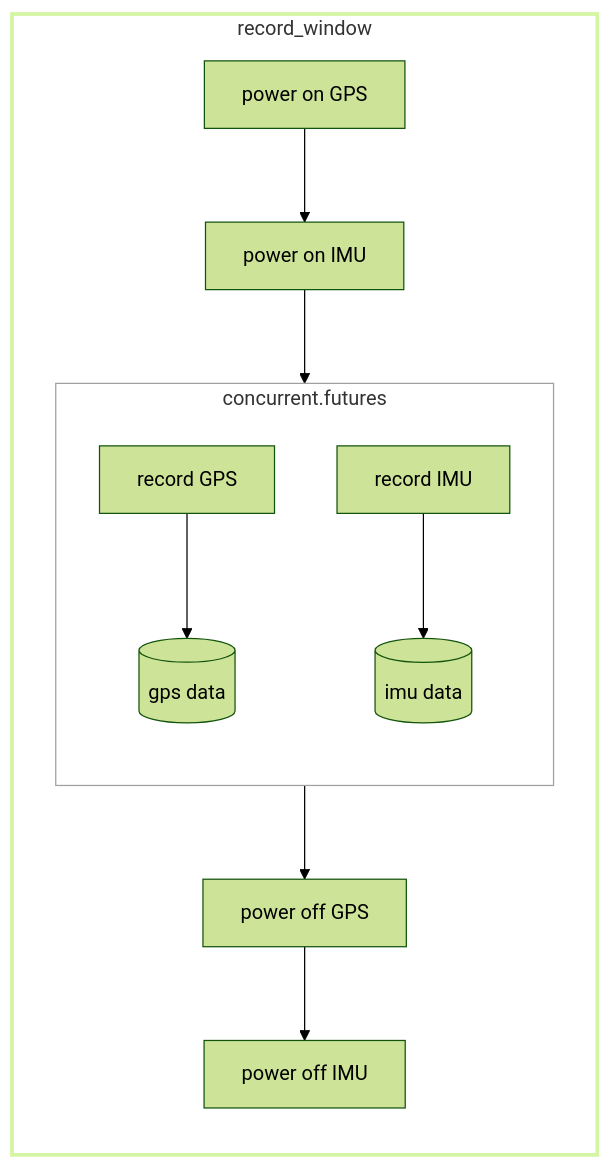
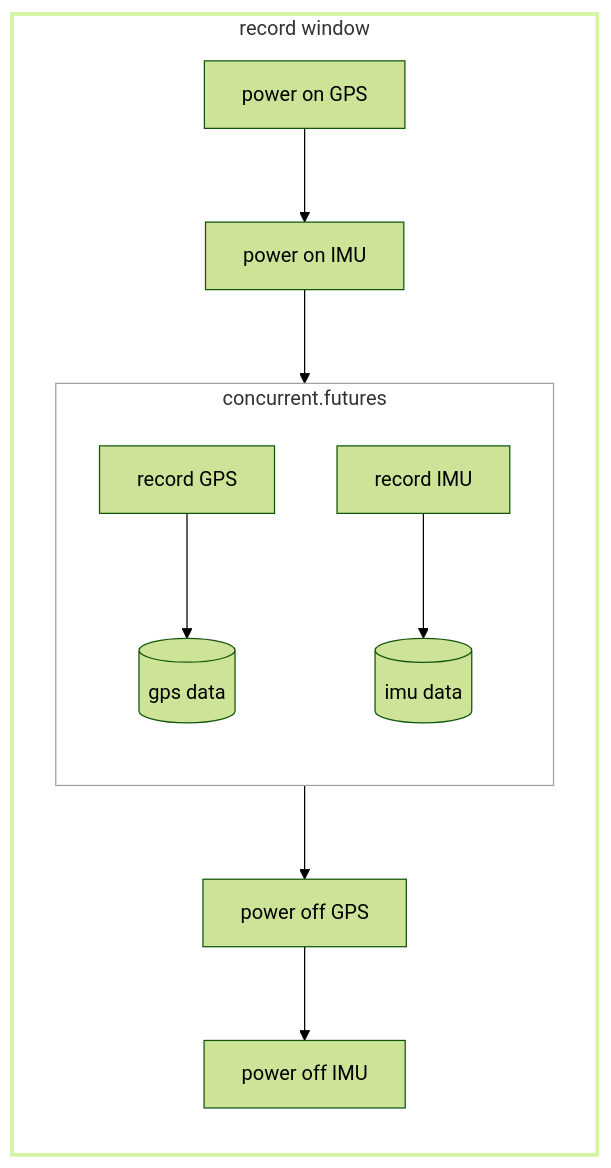
One commit to SASlabgroup/microSWIFT changed the fifth of 7 diagrams in doc/Design.md. Above: the diagram before and after it, drawn with Mermaid (forest theme). The commit also changed other lines of this file, not shown here.

````diff
--- a/doc/Design.md
+++ b/doc/Design.md
@@ -160,19 +160,19 @@
 ```mermaid
 flowchart TB
-    subgraph record_window
+    subgraph record_window["record window"]
         direction TB
         gps_on["power on GPS"] --> imu_on["power on IMU"] --> futures
         subgraph futures["concurrent.futures"]
             direction TB
             record_gps["record GPS"]-->gps_data[(gps data)]
             record_imu["record IMU"]-->imu_data[(imu data)]
         end
         futures --> gps_off["power off GPS"] --> imu_off["power off IMU"]
     end
 
     classDef green fill:#FFFFFF,stroke:#d4f5a4,stroke-width:3px
     classDef grey fill:#FFFFFF,stroke:#a3a0a0, stroke-width:1px
     class record_window green
     class futures grey
 
 ```
````
